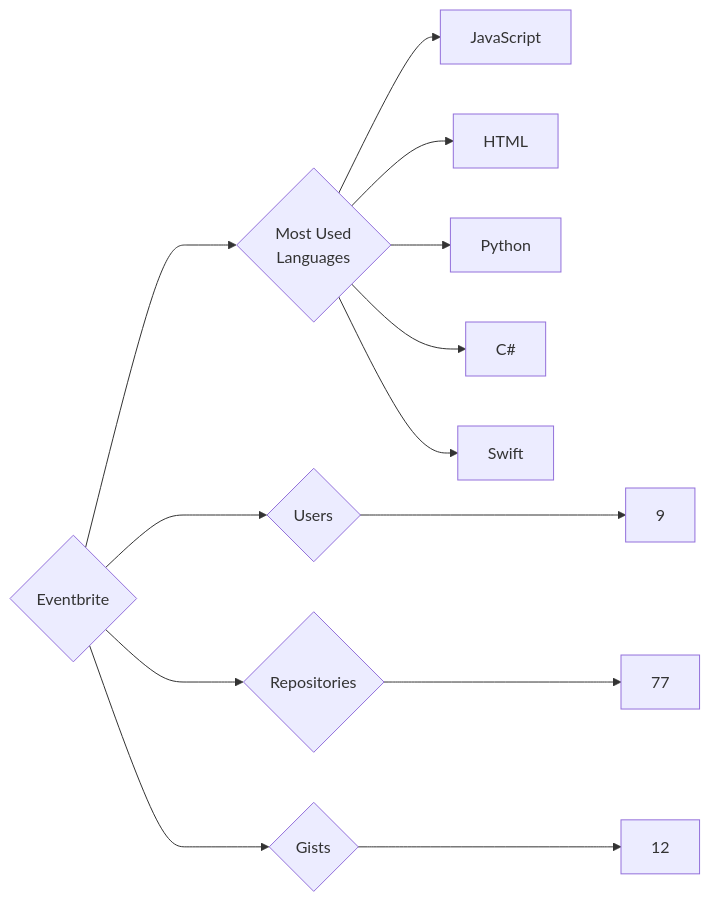
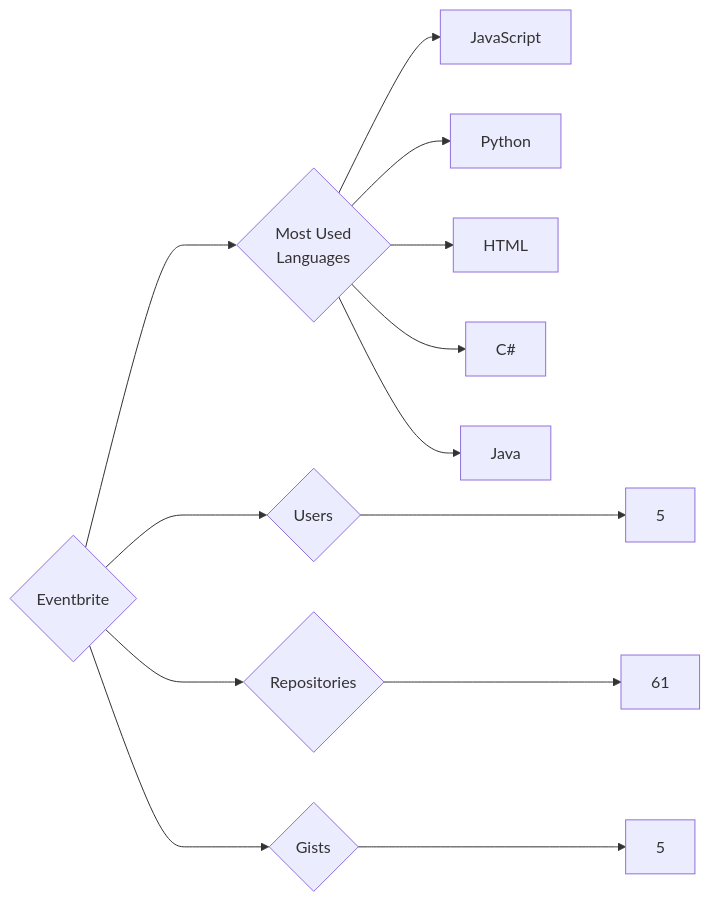
Before and after one commit to trickest/insiders: the diagram in targets/Eventbrite/README.md, drawn with Mermaid. The commit also changed 1092 other files, not shown here.

````diff
--- a/targets/Eventbrite/README.md
+++ b/targets/Eventbrite/README.md
@@ -3,13 +3,13 @@
 ```mermaid
 graph LR
 COMPANY_NAME{Eventbrite}
-COMPANY_NAME ---> U{Users} ---> UN[9]
-COMPANY_NAME ---> R{Repositories} ---> RN[77]
-COMPANY_NAME ---> G{Gists} ---> GN[12]
+COMPANY_NAME ---> U{Users} ---> UN[5]
+COMPANY_NAME ---> R{Repositories} ---> RN[61]
+COMPANY_NAME ---> G{Gists} ---> GN[5]
 COMPANY_NAME ---> ML{Most Used<br>Languages}
 ML --> JavaScript[JavaScript]
+ML --> Python[Python]
 ML --> HTML[HTML]
-ML --> Python[Python]
 ML --> C#[C#]
-ML --> Swift[Swift]
+ML --> Java[Java]
 ```
````
